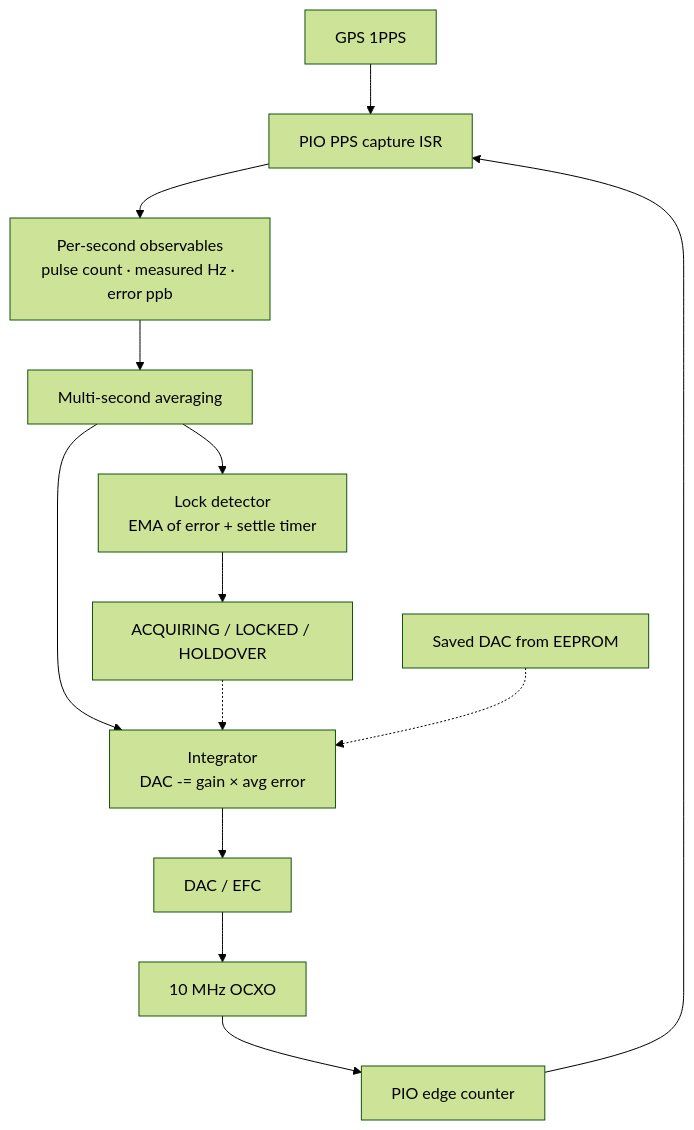
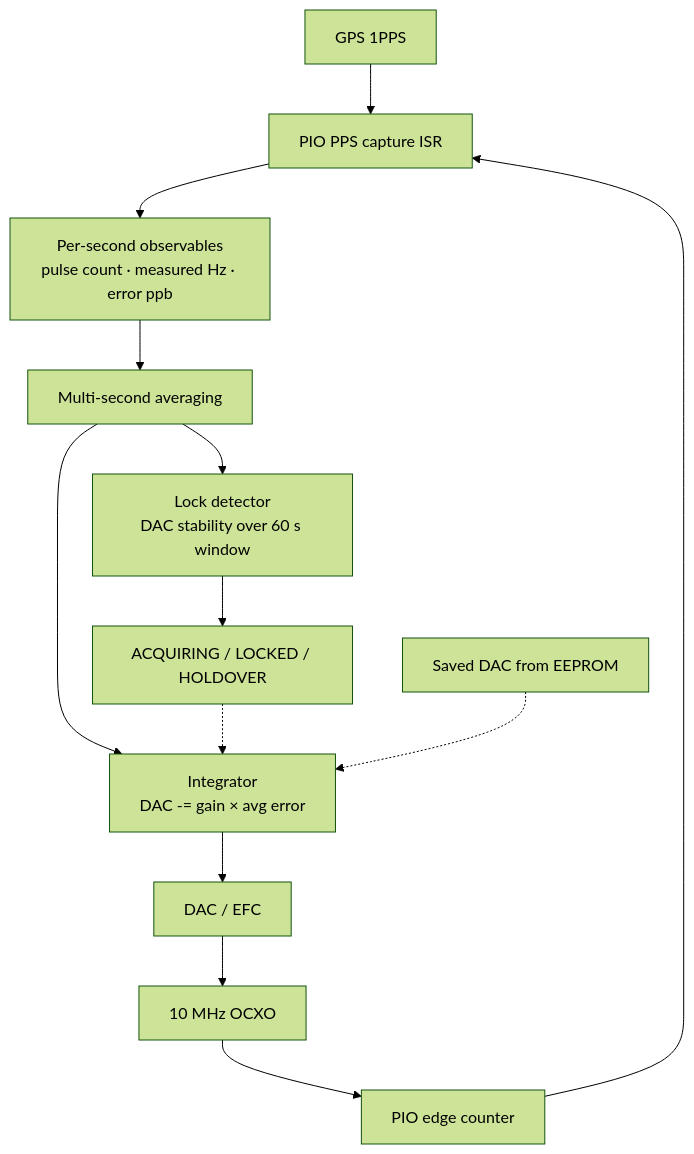
One commit to rszemeti/Twin-PLL-GPSDO changed the diagram in REFERENCE_LOCKING_README.md. Above: the diagram before and after it, drawn with Mermaid (forest theme). The commit also changed other lines of this file and 7 other files, not shown here.

````diff
--- a/REFERENCE_LOCKING_README.md
+++ b/REFERENCE_LOCKING_README.md
@@ -25,22 +26,22 @@
 ```mermaid
 flowchart TD
     GPS[GPS 1PPS] --> PPS[PIO PPS capture ISR]
     OCXO[10 MHz OCXO] --> EDGE[PIO edge counter]
     EDGE --> PPS
 
     PPS --> OBS[Per-second observables
 pulse count · measured Hz · error ppb]
 
     OBS --> AVG[Multi-second averaging]
     AVG --> INT[Integrator
 DAC -= gain × avg error]
     INT --> DAC[DAC / EFC]
     DAC --> OCXO
 
     AVG --> LOCK[Lock detector
-EMA of error + settle timer]
+DAC stability over 60 s window]
     LOCK --> STATE[ACQUIRING / LOCKED / HOLDOVER]
     STATE -.-> INT
 
     EEPROM[Saved DAC from EEPROM] -.-> INT
 ```
````
